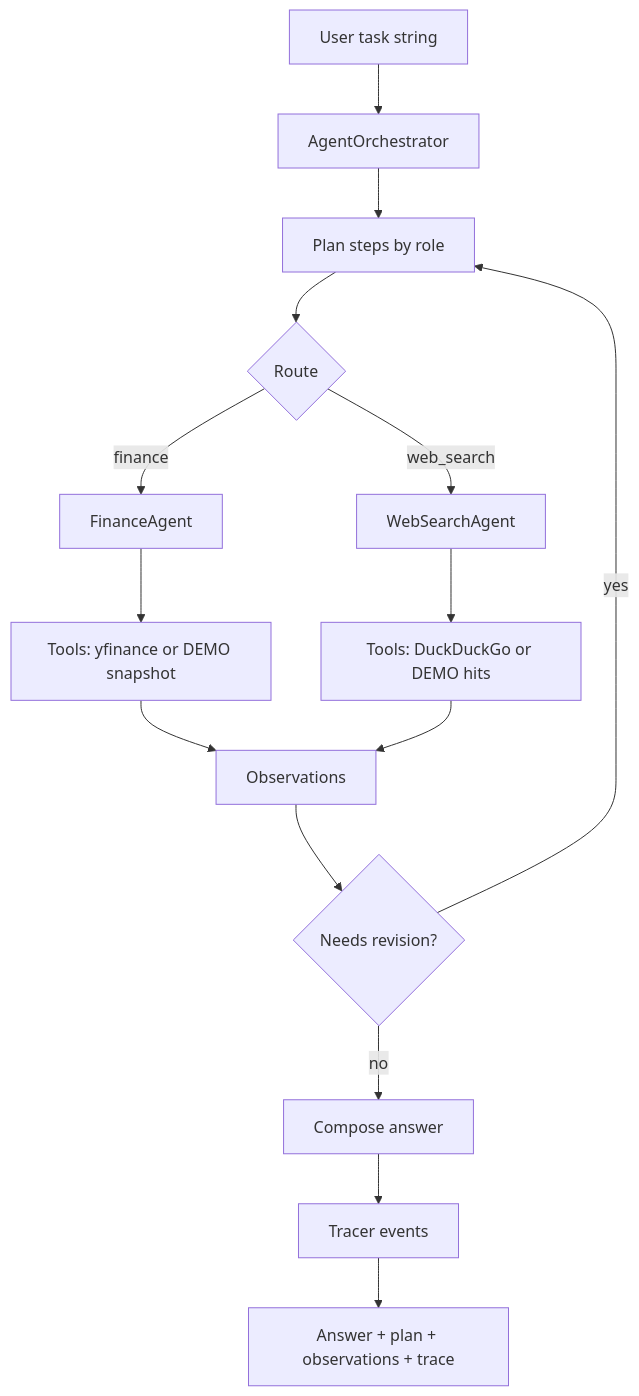
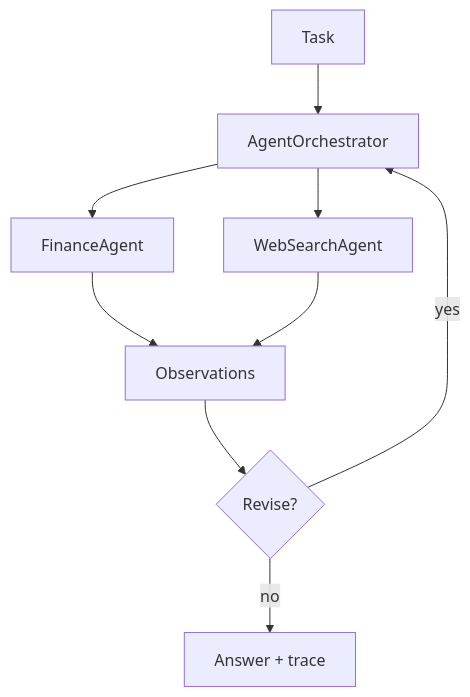
Before and after one commit to ArchanaChetan07/Multi-Agent-AI-System: the first of 3 diagrams in README.md, drawn with Mermaid. The commit also changed other lines of this file, not shown here.

Commit message:
docs: FAANG-ready professional README with diagrams and verified metrics

````diff
--- a/README.md
+++ b/README.md
@@ -29,17 +28,11 @@
 ```mermaid
-flowchart TB
-    T["User task string"] --> O[AgentOrchestrator]
-    O --> P[Plan steps by role]
-    P --> R{Route}
-    R -->|finance| F[FinanceAgent]
-    R -->|web_search| W[WebSearchAgent]
-    F --> TL[Tools: yfinance or DEMO snapshot]
-    W --> TS[Tools: DuckDuckGo or DEMO hits]
-    TL --> OBS[Observations]
-    TS --> OBS
-    OBS --> REV{Needs revision?}
-    REV -->|yes| P
-    REV -->|no| A[Compose answer]
-    A --> TR[Tracer events]
-    TR --> OUT["Answer + plan + observations + trace"]
+flowchart TD
+  T[Task] --> O[AgentOrchestrator]
+  O --> F[FinanceAgent]
+  O --> W[WebSearchAgent]
+  F --> Obs[Observations]
+  W --> Obs
+  Obs --> R{Revise?}
+  R -->|yes| O
+  R -->|no| A[Answer + trace]
 ```
````
